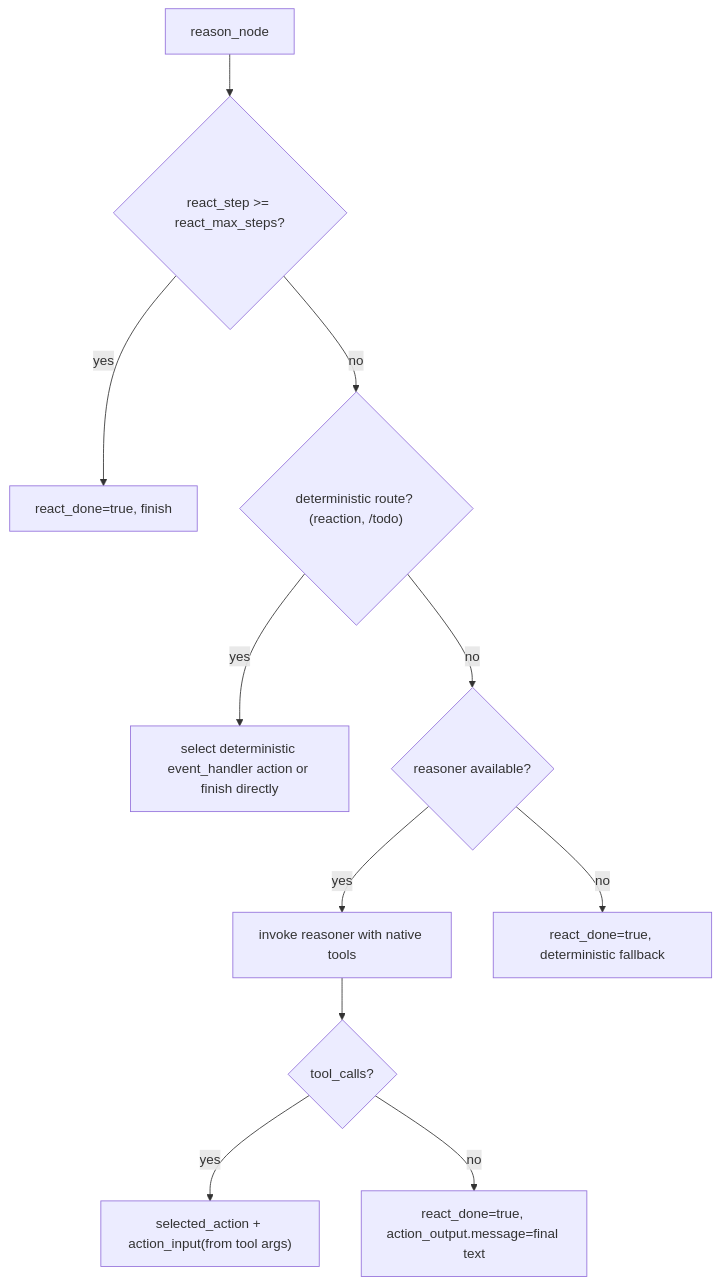
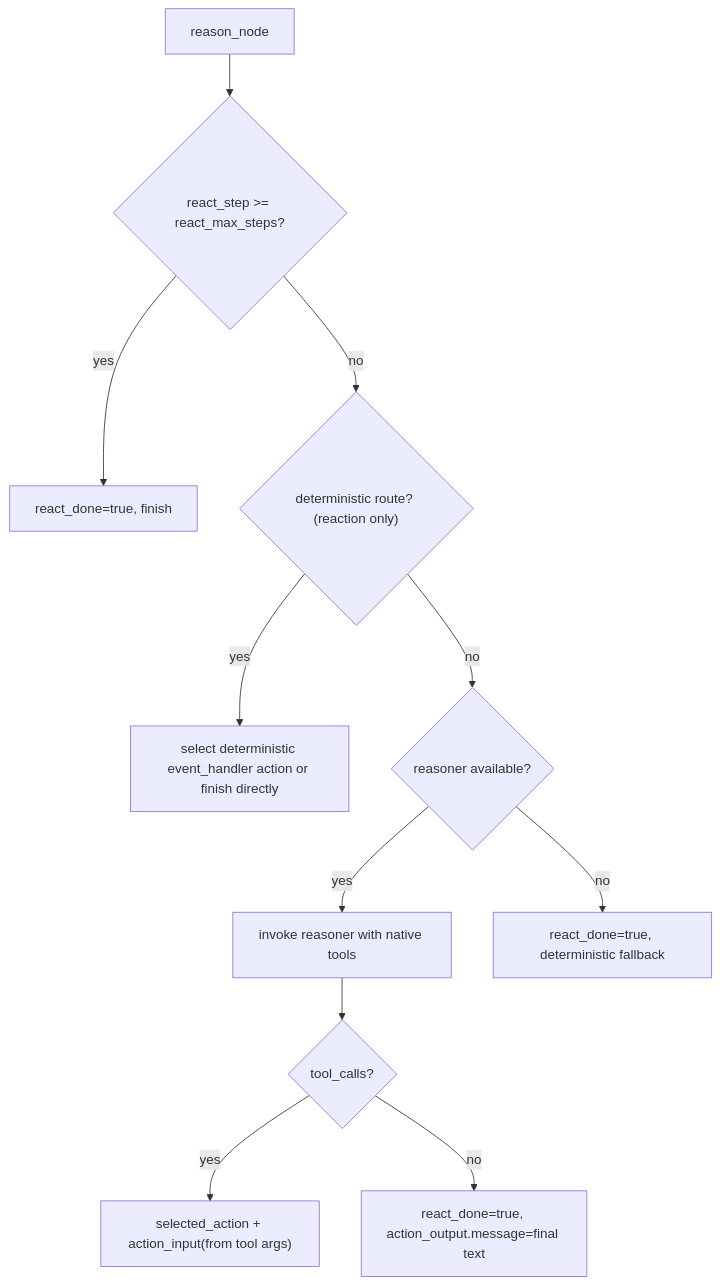
Before and after one commit to nigelleong0703/teambot: the second of 2 diagrams in docs/agent-core-algorithm.md, drawn with Mermaid. The commit also changed other lines of this file and 32 other files, not shown here.

````diff
--- a/docs/agent-core-algorithm.md
+++ b/docs/agent-core-algorithm.md
@@ -48,13 +48,13 @@
 ```mermaid
 flowchart TD
     R0["reason_node"] --> R1{"react_step >= react_max_steps?"}
     R1 -- "yes" --> R1D["react_done=true, finish"]
-    R1 -- "no" --> R2{"deterministic route? (reaction, /todo)"}
+    R1 -- "no" --> R2{"deterministic route? (reaction only)"}
     R2 -- "yes" --> R2A["select deterministic event_handler action or finish directly"]
     R2 -- "no" --> R3{"reasoner available?"}
     R3 -- "yes" --> R4["invoke reasoner with native tools"]
     R4 --> R5{"tool_calls?"}
     R5 -- "yes" --> R5B["selected_action + action_input(from tool args)"]
     R5 -- "no" --> R5A["react_done=true, action_output.message=final text"]
     R3 -- "no" --> R6["react_done=true, deterministic fallback"]
 ```
````
